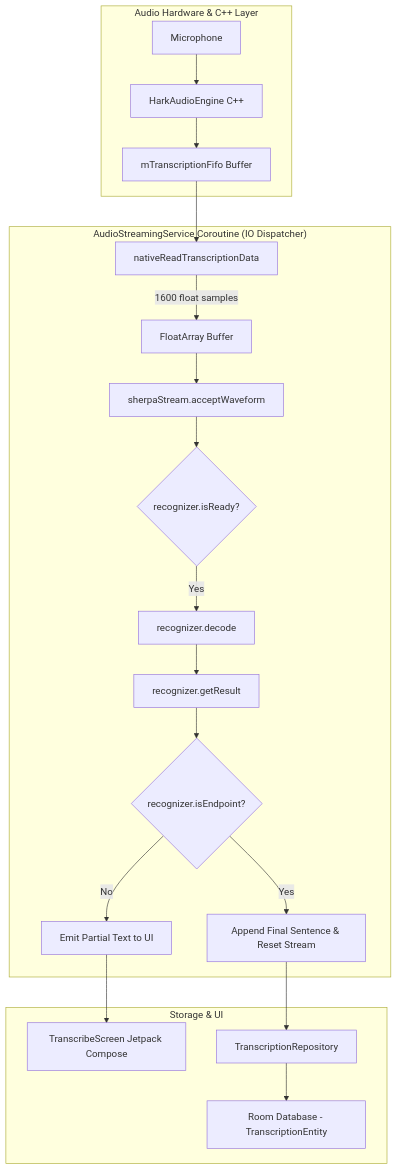
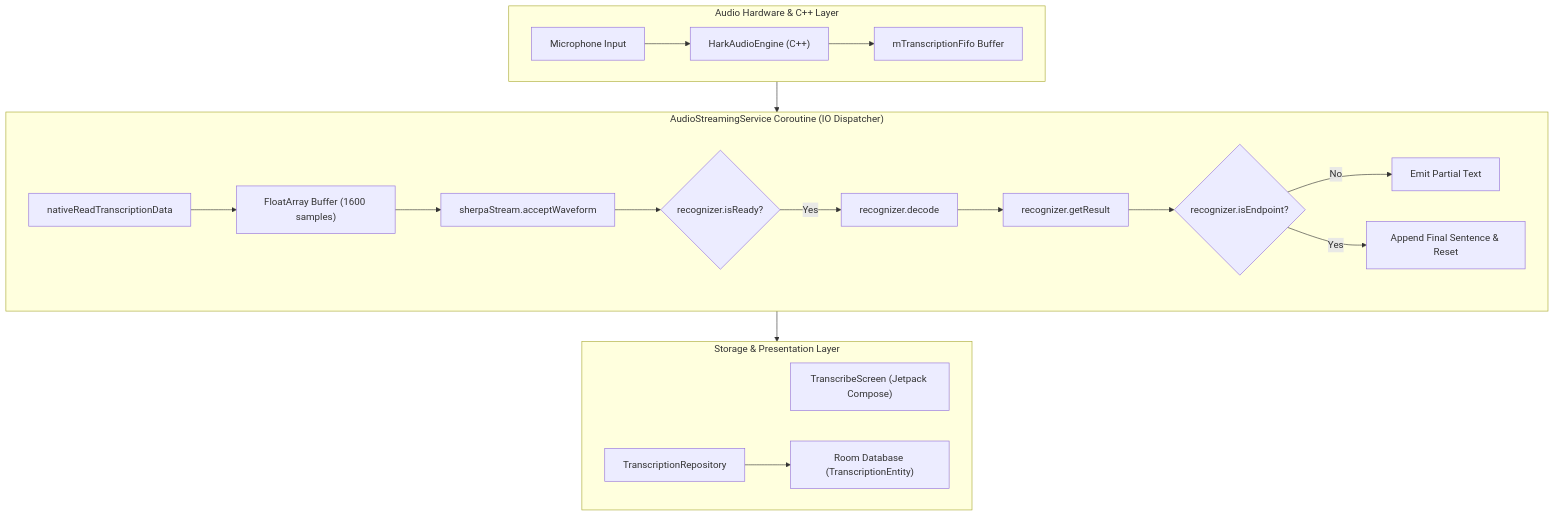
The diagram in docs/TRANSCRIPTION_ENGINE.md (thivyan-studios/hark-app), drawn with Mermaid before and after one commit.

````diff
--- a/docs/TRANSCRIPTION_ENGINE.md
+++ b/docs/TRANSCRIPTION_ENGINE.md
@@ -20,26 +20,28 @@
 ```mermaid
 flowchart TD
     subgraph Audio_Capture ["Audio Hardware & C++ Layer"]
-        MIC[Microphone] --> C_ENGINE[HarkAudioEngine C++]
-        C_ENGINE --> TX_FIFO[mTranscriptionFifo Buffer]
+        MIC["Microphone Input"] --> C_ENGINE["HarkAudioEngine (C++)"]
+        C_ENGINE --> TX_FIFO["mTranscriptionFifo Buffer"]
     end
 
     subgraph Service_Loop ["AudioStreamingService Coroutine (IO Dispatcher)"]
-        JNI_READ[nativeReadTranscriptionData] -->|1600 float samples| BUF[FloatArray Buffer]
-        BUF --> ACCEPT[sherpaStream.acceptWaveform]
-        ACCEPT --> DECODE_LOOP{recognizer.isReady?}
-        DECODE_LOOP -->|Yes| DECODE[recognizer.decode]
-        DECODE --> RESULT[recognizer.getResult]
-        RESULT --> EP_CHECK{recognizer.isEndpoint?}
-        EP_CHECK -->|No| PARTIAL[Emit Partial Text to UI]
-        EP_CHECK -->|Yes| FINAL[Append Final Sentence & Reset Stream]
+        JNI_READ["nativeReadTranscriptionData"] --> BUF["FloatArray Buffer (1600 samples)"]
+        BUF --> ACCEPT["sherpaStream.acceptWaveform"]
+        ACCEPT --> DECODE_LOOP{"recognizer.isReady?"}
+        DECODE_LOOP -->|Yes| DECODE["recognizer.decode"]
+        DECODE --> RESULT["recognizer.getResult"]
+        RESULT --> EP_CHECK{"recognizer.isEndpoint?"}
+        EP_CHECK -->|No| PARTIAL["Emit Partial Text"]
+        EP_CHECK -->|Yes| FINAL["Append Final Sentence & Reset"]
     end
 
-    subgraph Storage ["Storage & UI"]
-        PARTIAL --> UI[TranscribeScreen Jetpack Compose]
-        FINAL --> REPO[TranscriptionRepository]
-        REPO --> ROOM[Room Database - TranscriptionEntity]
+    subgraph Storage ["Storage & Presentation Layer"]
+        UI["TranscribeScreen (Jetpack Compose)"]
+        REPO["TranscriptionRepository"]
+        ROOM["Room Database (TranscriptionEntity)"]
+        REPO --> ROOM
     end
 
-    TX_FIFO --> JNI_READ
+    Audio_Capture --> Service_Loop
+    Service_Loop --> Storage
 ```
````
